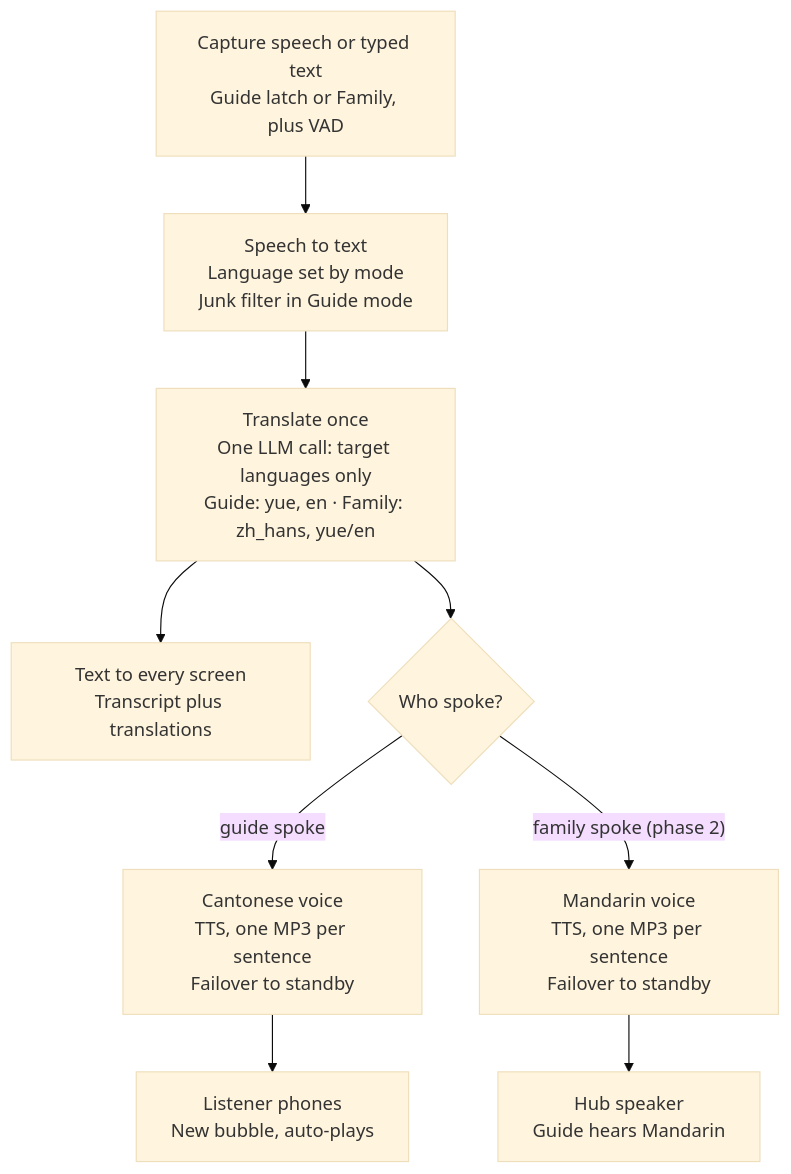
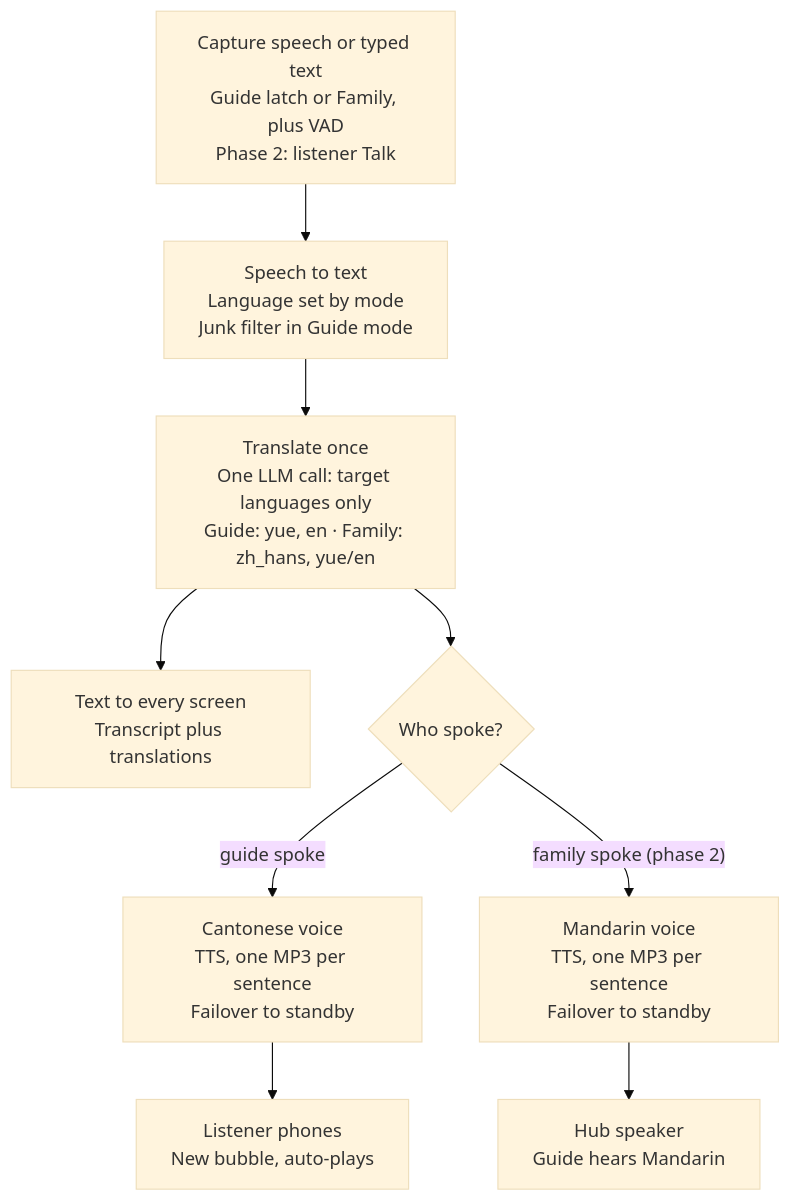
Before and after one commit to khoonseng/FamilyTranslator: the second of 4 diagrams in docs/architecture.md, drawn with Mermaid (base theme). The commit also changed other lines of this file and 1 other file, not shown here.

First line of the commit message:
Record phase-2 family replies and locked-screen keep-alive decisions

````diff
--- a/docs/architecture.md
+++ b/docs/architecture.md
@@ -145,11 +183,11 @@
 ```mermaid
 flowchart TD
-  CAP["Capture speech or typed text<br/>Guide latch or Family, plus VAD"] --> STT["Speech to text<br/>Language set by mode<br/>Junk filter in Guide mode"]
+  CAP["Capture speech or typed text<br/>Guide latch or Family, plus VAD<br/>Phase 2: listener Talk"] --> STT["Speech to text<br/>Language set by mode<br/>Junk filter in Guide mode"]
   STT --> TR["Translate once<br/>One LLM call: target languages only<br/>Guide: yue, en · Family: zh_hans, yue/en"]
   TR --> TXT["Text to every screen<br/>Transcript plus translations"]
   TR --> WHO{"Who spoke?"}
   WHO -- guide spoke --> YUE["Cantonese voice<br/>TTS, one MP3 per sentence<br/>Failover to standby"]
   WHO -- "family spoke (phase 2)" --> CMN["Mandarin voice<br/>TTS, one MP3 per sentence<br/>Failover to standby"]
   YUE --> LP["Listener phones<br/>New bubble, auto-plays"]
   CMN --> HS["Hub speaker<br/>Guide hears Mandarin"]
 ```
````
